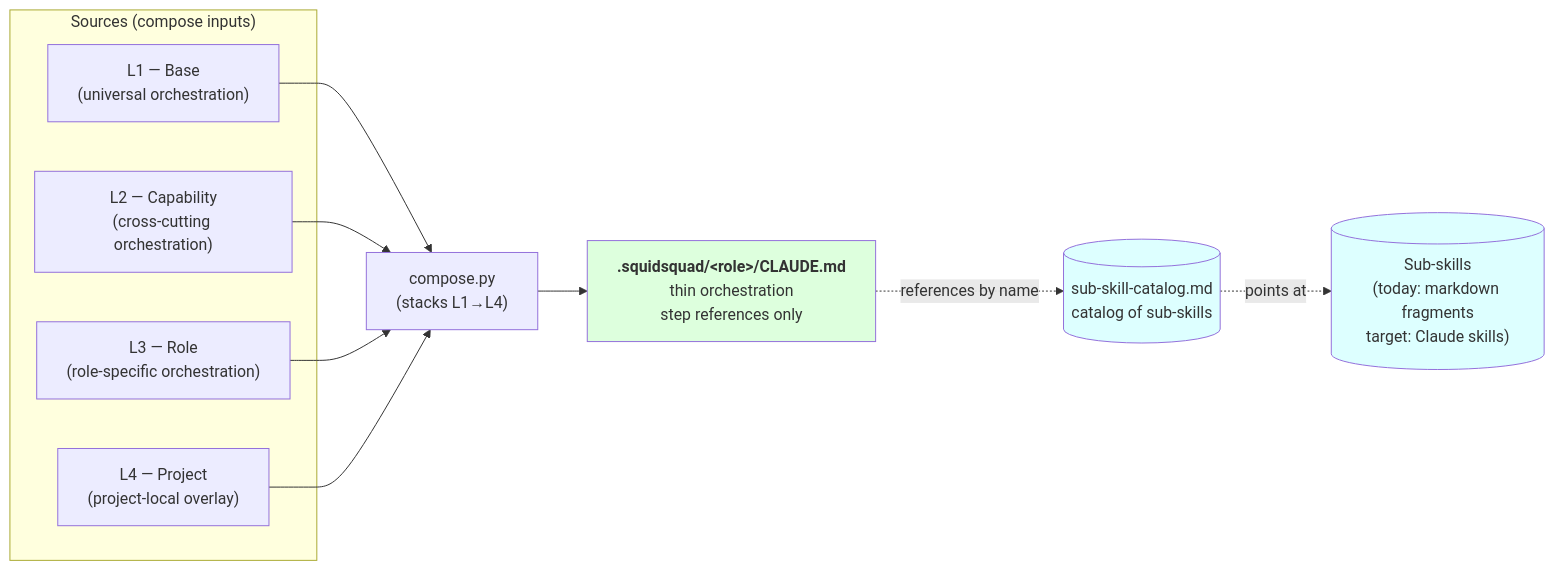
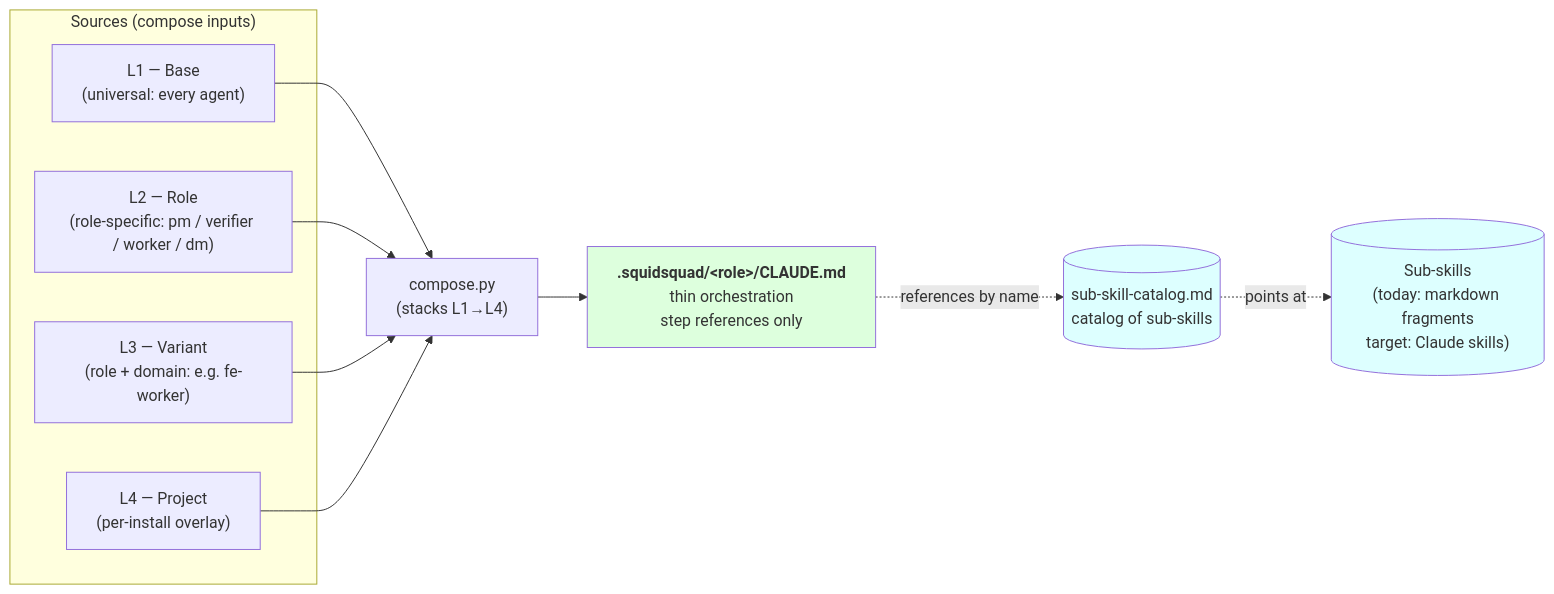
The first of 9 diagrams in docs/COMPOSE-ARCHITECTURE.md (WallyDoodlez/SquidSquad), drawn with Mermaid before and after one commit. The commit also changed other lines of this file, not shown here.

````diff
--- a/docs/COMPOSE-ARCHITECTURE.md
+++ b/docs/COMPOSE-ARCHITECTURE.md
@@ -25,27 +25,27 @@
 ```mermaid
 flowchart LR
     subgraph SOURCES["Sources (compose inputs)"]
-        L1["L1 — Base<br/>(universal orchestration)"]
-        L2["L2 — Capability<br/>(cross-cutting orchestration)"]
-        L3["L3 — Role<br/>(role-specific orchestration)"]
-        L4["L4 — Project<br/>(project-local overlay)"]
+        L1["L1 — Base<br/>(universal: every agent)"]
+        L2["L2 — Role<br/>(role-specific: pm / verifier / worker / dm)"]
+        L3["L3 — Variant<br/>(role + domain: e.g. fe-worker)"]
+        L4["L4 — Project<br/>(per-install overlay)"]
     end
 
     Compose["compose.py<br/>(stacks L1→L4)"]
     OUT["<b>.squidsquad/&lt;role&gt;/CLAUDE.md</b><br/>thin orchestration<br/>step references only"]
 
     Catalog[("sub-skill-catalog.md<br/>catalog of sub-skills")]
     SubSkills[("Sub-skills<br/>(today: markdown fragments<br/>target: Claude skills)")]
 
     L1 --> Compose
     L2 --> Compose
     L3 --> Compose
     L4 --> Compose
     Compose --> OUT
     OUT -.->|"references by name"| Catalog
     Catalog -.->|"points at"| SubSkills
 
     style OUT fill:#dfd
     style Catalog fill:#dff
     style SubSkills fill:#dff
 ```
````
